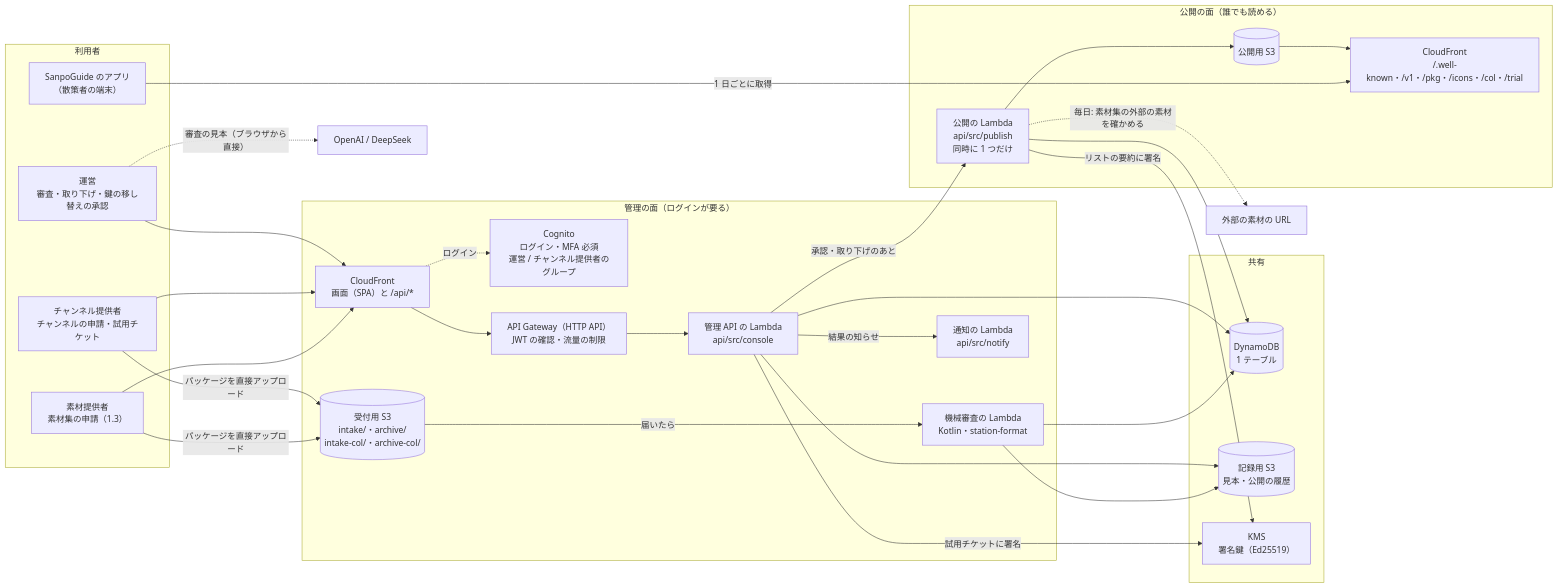
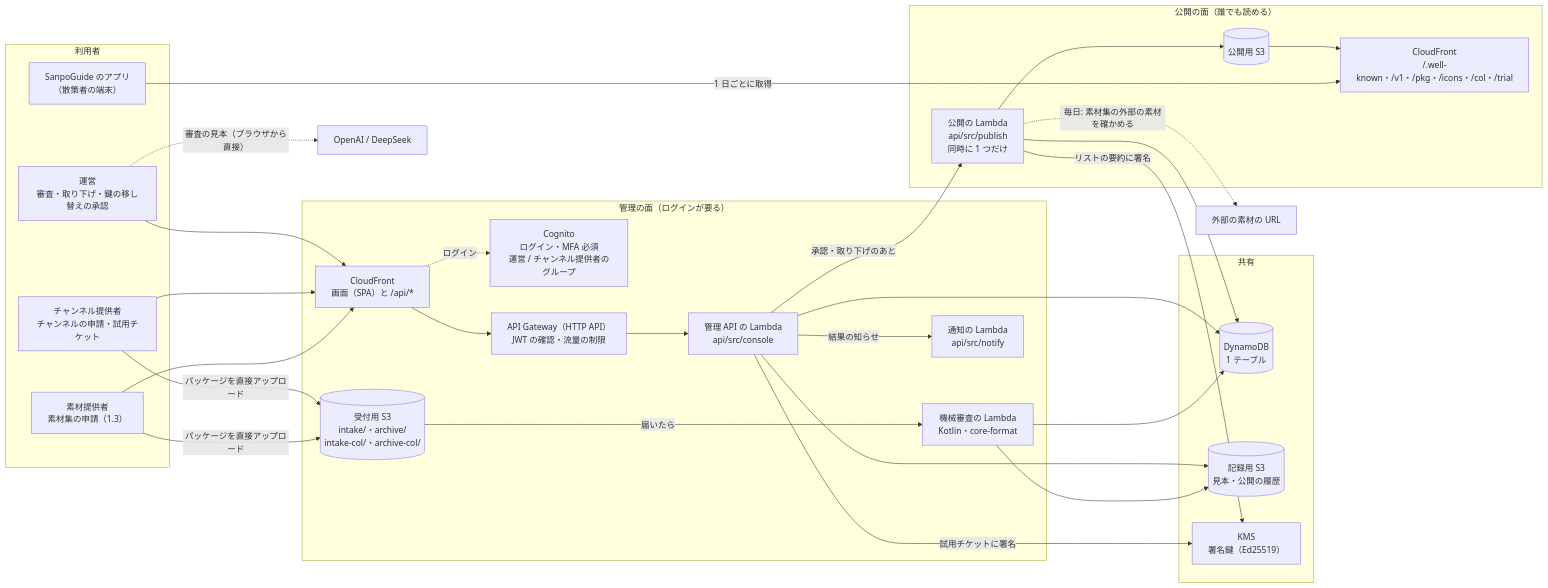
Before and after one commit to duwenji/michizure-console: the first of 7 diagrams in docs/architecture.md, drawn with Mermaid. The commit also changed other lines of this file and 10 other files, not shown here.

First line of the commit message:
refactor(validator): station-format から core-format とプロンプト・パックに切り替える

````diff
--- a/docs/architecture.md
+++ b/docs/architecture.md
@@ -17,49 +17,49 @@
 ```mermaid
 flowchart LR
   subgraph USERS["利用者"]
     OP["運営<br/>審査・取り下げ・鍵の移し替えの承認"]
     PUB["チャンネル提供者<br/>チャンネルの申請・試用チケット"]
     PROD["素材提供者<br/>素材集の申請（1.3）"]
     APPUSER["SanpoGuide のアプリ<br/>（散策者の端末）"]
   end
 
   subgraph CONSOLE["管理の面（ログインが要る）"]
     CF1["CloudFront<br/>画面（SPA）と /api/*"]
     COG["Cognito<br/>ログイン・MFA 必須<br/>運営 / チャンネル提供者のグループ"]
     APIGW["API Gateway（HTTP API）<br/>JWT の確認・流量の制限"]
     API["管理 API の Lambda<br/>api/src/console"]
     INTAKE[("受付用 S3<br/>intake/・archive/<br/>intake-col/・archive-col/")]
-    MR["機械審査の Lambda<br/>Kotlin・station-format"]
+    MR["機械審査の Lambda<br/>Kotlin・core-format"]
     NOTIFY["通知の Lambda<br/>api/src/notify"]
   end
 
   subgraph CORE["共有"]
     DDB[("DynamoDB<br/>1 テーブル")]
     REC[("記録用 S3<br/>見本・公開の履歴")]
     KMS["KMS<br/>署名鍵（Ed25519）"]
   end
 
   subgraph PUBLIC["公開の面（誰でも読める）"]
     PUBFN["公開の Lambda<br/>api/src/publish<br/>同時に 1 つだけ"]
     PS3[("公開用 S3")]
     CF2["CloudFront<br/>/.well-known・/v1・/pkg・/icons・/col・/trial"]
   end
 
   OP & PUB & PROD --> CF1
   CF1 -.->|ログイン| COG
   CF1 --> APIGW --> API
   PUB & PROD -->|パッケージを直接アップロード| INTAKE
   INTAKE -->|届いたら| MR
   API & MR --> DDB
   API --> REC
   MR --> REC
   API -->|承認・取り下げのあと| PUBFN
   API -->|試用チケットに署名| KMS
   API -->|結果の知らせ| NOTIFY
   PUBFN --> DDB
   PUBFN -->|リストの要約に署名| KMS
   PUBFN --> PS3 --> CF2
   PUBFN -. 毎日: 素材集の外部の素材を確かめる .-> EXT["外部の素材の URL"]
   APPUSER -->|1 日ごとに取得| CF2
   OP -. 審査の見本（ブラウザから直接） .-> AI["OpenAI / DeepSeek"]
 ```
````
